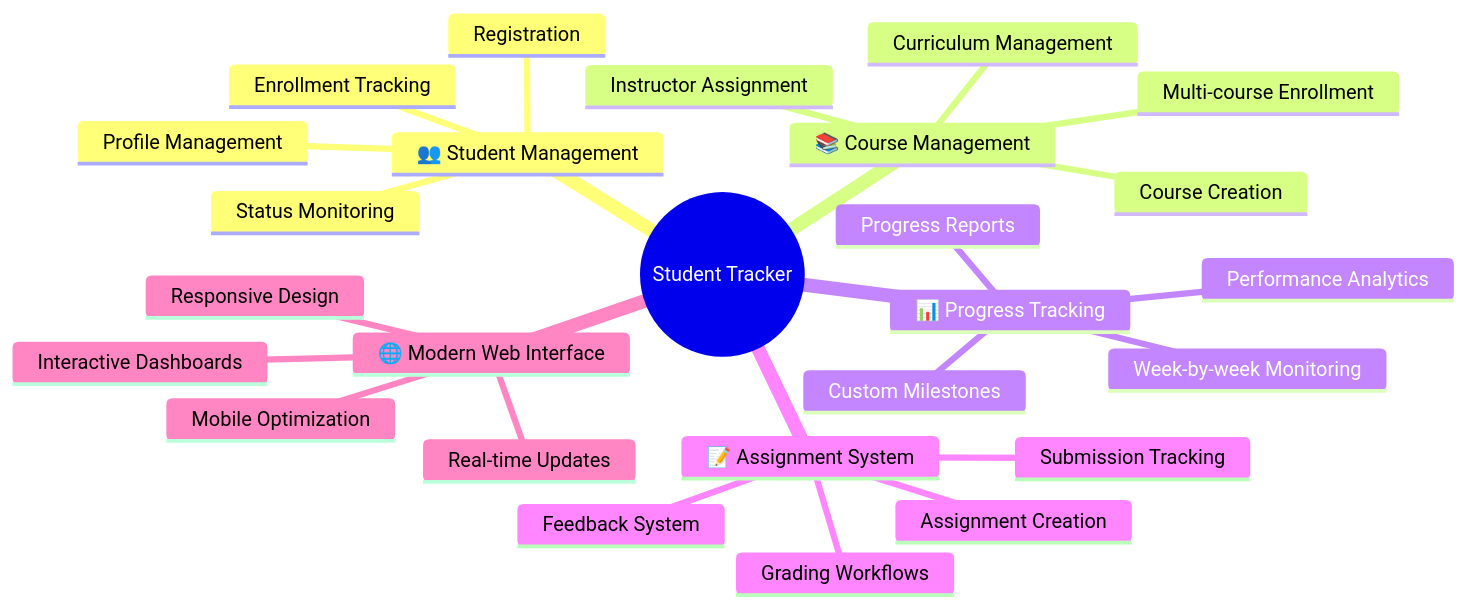
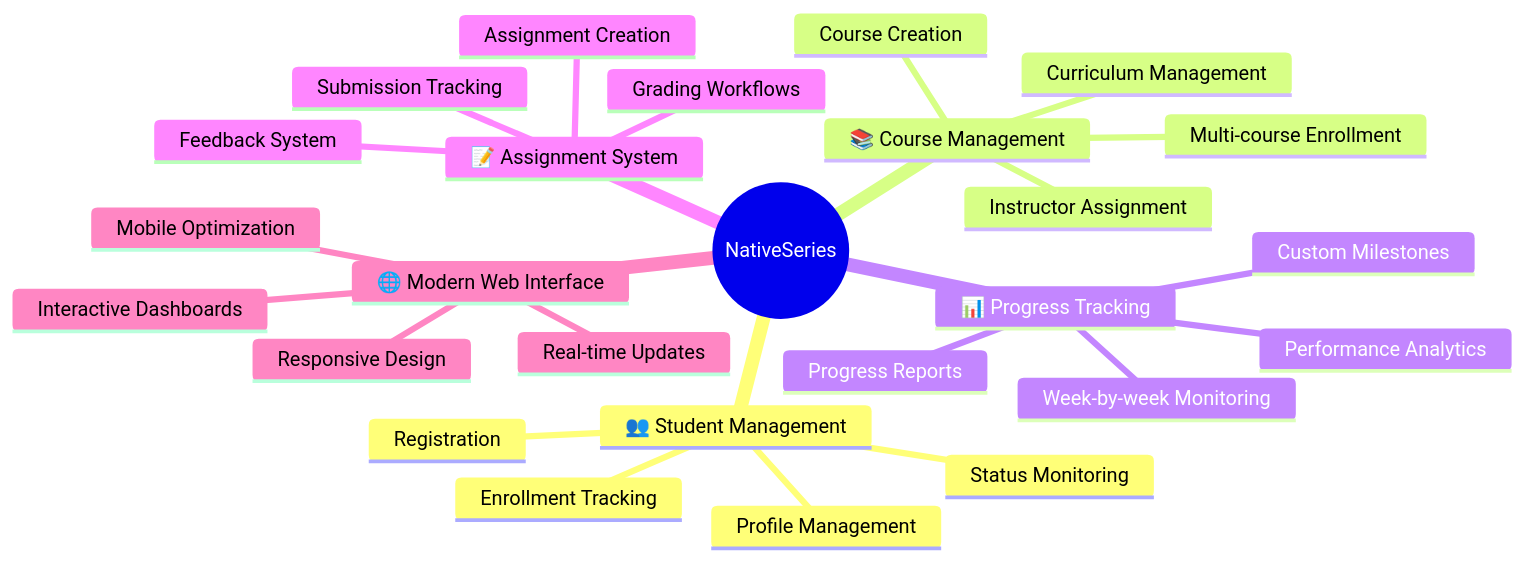
One commit to bonaventuresimeon/NativeSeries changed the sixth of 9 diagrams in README.md. Above: the diagram before and after it, drawn with Mermaid. The commit also changed other lines of this file and 8 other files, not shown here.

````diff
--- a/README.md
+++ b/README.md
@@ -359,29 +347,29 @@
 ```mermaid
 mindmap
-  root((Student Tracker))
+  root((NativeSeries))
     👥 Student Management
       Registration
       Profile Management
       Enrollment Tracking
       Status Monitoring
     📚 Course Management
       Multi-course Enrollment
       Course Creation
       Instructor Assignment
       Curriculum Management
     📊 Progress Tracking
       Week-by-week Monitoring
       Performance Analytics
       Custom Milestones
       Progress Reports
     📝 Assignment System
       Assignment Creation
       Submission Tracking
       Grading Workflows
       Feedback System
     🌐 Modern Web Interface
       Responsive Design
       Interactive Dashboards
       Real-time Updates
       Mobile Optimization
 ```
````
